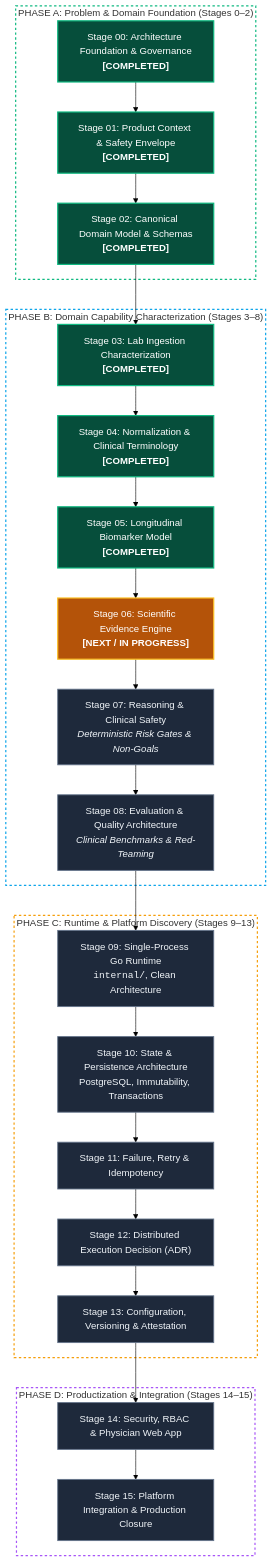
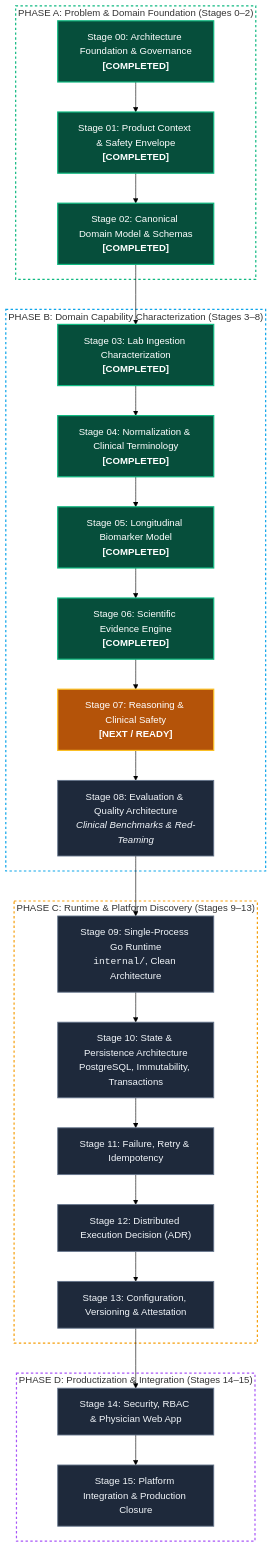
The third of 8 diagrams in README.md (DuyVuux/BiolyzerAgent), drawn with Mermaid (forest theme) before and after one commit. The commit also changed other lines of this file and 29 other files, not shown here.

First line of the commit message:
feat(stage-06): integrate scientific evidence engine v0.2 with snapshot closure, raw artifact digest separation, and claim registry

````diff
--- a/README.md
+++ b/README.md
@@ -113,38 +114,38 @@
 ```mermaid
 flowchart TD
     classDef done fill:#064e3b,stroke:#10b981,stroke-width:2px,color:#ffffff;
     classDef current fill:#b45309,stroke:#fbbf24,stroke-width:2px,color:#ffffff;
     classDef queued fill:#1e293b,stroke:#64748b,stroke-width:1.5px,color:#f1f5f9;
 
     subgraph PhaseA["PHASE A: Problem & Domain Foundation (Stages 0–2)"]
         S0["Stage 00: Architecture Foundation & Governance<br/><b>[COMPLETED]</b>"]:::done --> S1["Stage 01: Product Context & Safety Envelope<br/><b>[COMPLETED]</b>"]:::done
         S1 --> S2["Stage 02: Canonical Domain Model & Schemas<br/><b>[COMPLETED]</b>"]:::done
     end
 
     subgraph PhaseB["PHASE B: Domain Capability Characterization (Stages 3–8)"]
         S2 --> S3["Stage 03: Lab Ingestion Characterization<br/><b>[COMPLETED]</b>"]:::done
         S3 --> S4["Stage 04: Normalization & Clinical Terminology<br/><b>[COMPLETED]</b>"]:::done
         S4 --> S5["Stage 05: Longitudinal Biomarker Model<br/><b>[COMPLETED]</b>"]:::done
-        S5 --> S6["Stage 06: Scientific Evidence Engine<br/><b>[NEXT / IN PROGRESS]</b>"]:::current
-        S6 --> S7["Stage 07: Reasoning & Clinical Safety<br/><i>Deterministic Risk Gates & Non-Goals</i>"]:::queued
+        S5 --> S6["Stage 06: Scientific Evidence Engine<br/><b>[COMPLETED]</b>"]:::done
+        S6 --> S7["Stage 07: Reasoning & Clinical Safety<br/><b>[NEXT / READY]</b>"]:::current
         S7 --> S8["Stage 08: Evaluation & Quality Architecture<br/><i>Clinical Benchmarks & Red-Teaming</i>"]:::queued
     end
 
     subgraph PhaseC["PHASE C: Runtime & Platform Discovery (Stages 9–13)"]
         S8 --> S9["Stage 09: Single-Process Go Runtime<br/><code>internal/</code>, Clean Architecture"]:::queued
         S9 --> S10["Stage 10: State & Persistence Architecture<br/>PostgreSQL, Immutability, Transactions"]:::queued
         S10 --> S11["Stage 11: Failure, Retry & Idempotency"]:::queued
         S11 --> S12["Stage 12: Distributed Execution Decision (ADR)"]:::queued
         S12 --> S13["Stage 13: Configuration, Versioning & Attestation"]:::queued
     end
 
     subgraph PhaseD["PHASE D: Productization & Integration (Stages 14–15)"]
         S13 --> S14["Stage 14: Security, RBAC & Physician Web App"]:::queued
         S14 --> S15["Stage 15: Platform Integration & Production Closure"]:::queued
     end
 
     style PhaseA fill:none,stroke:#10b981,stroke-width:2px,stroke-dasharray: 4 4;
     style PhaseB fill:none,stroke:#0ea5e9,stroke-width:2px,stroke-dasharray: 4 4;
     style PhaseC fill:none,stroke:#f59e0b,stroke-width:2px,stroke-dasharray: 4 4;
     style PhaseD fill:none,stroke:#a855f7,stroke-width:2px,stroke-dasharray: 4 4;
 ```
````
